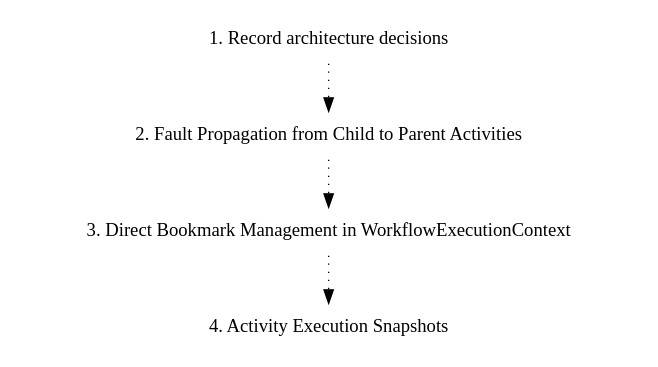
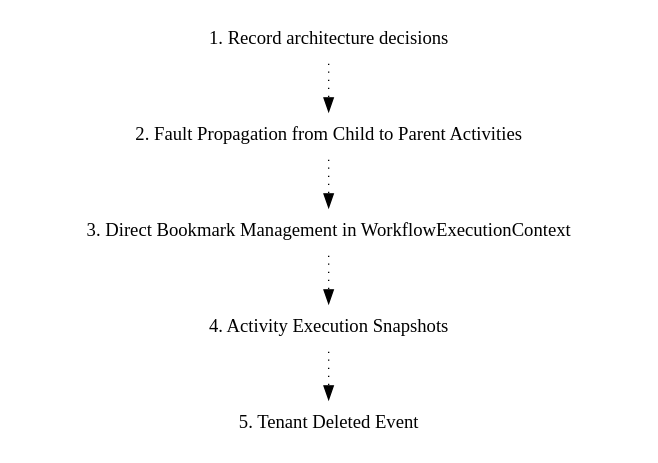
Before and after one commit to elsa-workflows/elsa-core: the diagram in doc/adr/graph.dot, drawn with Graphviz. The commit also changed 9 other files, not shown here.

First line of the commit message:
Introduce `TenantDeleted` event to handle tenant cleanup

```diff
--- a/doc/adr/graph.dot
+++ b/doc/adr/graph.dot
@@ -1,12 +1,14 @@
 digraph {
-node [shape = plaintext];
+node [shape=plaintext];
 subgraph {
-_1 [label = "1. Record architecture decisions"; URL = "0001-record-architecture-decisions.html"];
-_2 [label = "2. Fault Propagation from Child to Parent Activities"; URL ="0002-fault-propagation-from-child-to-parent-activities.html"];
-_1 -> _2 [style= "dotted", weight = 1];
-_3 [label = "3. Direct Bookmark Management in WorkflowExecutionContext"; URL = "0003-direct-bookmark-management-in-workflowexecutioncontext.html"];
-_2 -> _3 [style = "dotted", weight = 1];
-_4 [label ="4. Activity Execution Snapshots"; URL = "0004-activity-execution-snapshots.html"];
-_3 -> _4 [style = "dotted", weight = 1];
+_1 [label="1. Record architecture decisions"; URL="0001-record-architecture-decisions.html"];
+_2 [label="2. Fault Propagation from Child to Parent Activities"; URL="0002-fault-propagation-from-child-to-parent-activities.html"];
+_1 -> _2 [style="dotted", weight=1];
+_3 [label="3. Direct Bookmark Management in WorkflowExecutionContext"; URL="0003-direct-bookmark-management-in-workflowexecutioncontext.html"];
+_2 -> _3 [style="dotted", weight=1];
+_4 [label="4. Activity Execution Snapshots"; URL="0004-activity-execution-snapshots.html"];
+_3 -> _4 [style="dotted", weight=1];
+_5 [label="5. Tenant Deleted Event"; URL="0005-tenant-deleted-event.html"];
+_4 -> _5 [style="dotted", weight=1];
 }
 }
```
